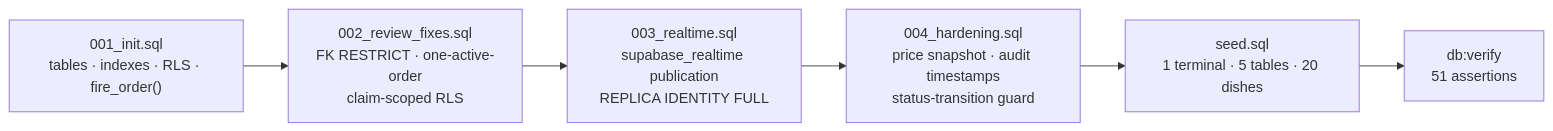
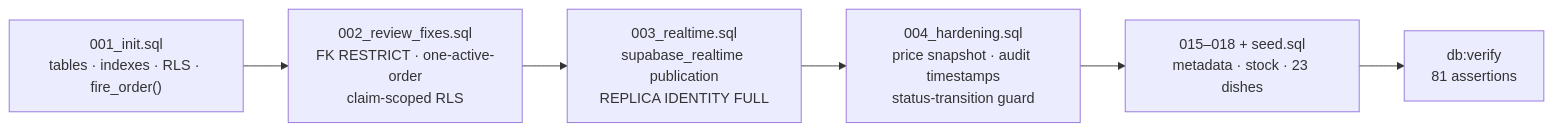
Before and after one commit to shouryabrightland/AeyChhotu: the seventh of 7 diagrams in README.md, drawn with Mermaid. The commit also changed other lines of this file and 12 other files, not shown here.

````diff
--- a/README.md
+++ b/README.md
@@ -577,8 +670,8 @@
 ```mermaid
 flowchart LR
     A["001_init.sql<br/>tables · indexes · RLS · fire_order()"] --> B["002_review_fixes.sql<br/>FK RESTRICT · one-active-order<br/>claim-scoped RLS"]
     B -->    C["003_realtime.sql<br/>supabase_realtime publication<br/>REPLICA IDENTITY FULL"]
     C --> F["004_hardening.sql<br/>price snapshot · audit timestamps<br/>status-transition guard"]
-    F --> D["seed.sql<br/>1 terminal · 5 tables · 20 dishes"]
-    D --> E["db:verify<br/>51 assertions"]
+    F --> D["015–018 + seed.sql<br/>metadata · stock · 23 dishes"]
+    D --> E["db:verify<br/>81 assertions"]
 ```
````
